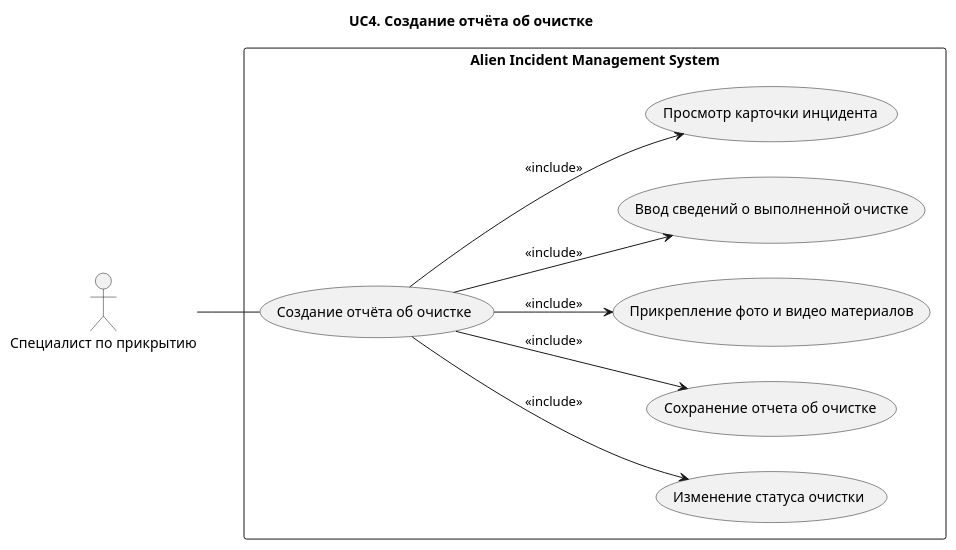
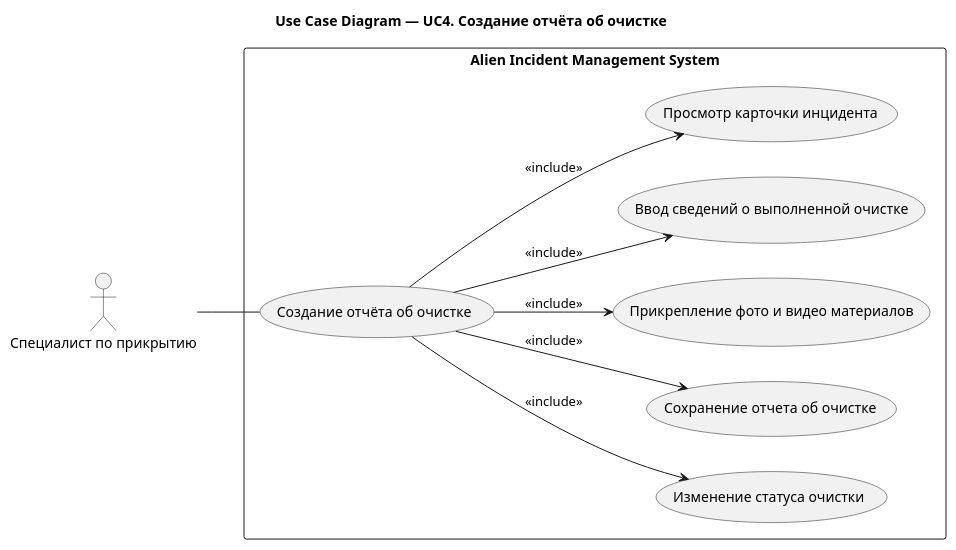
Before and after one commit to Andryss/AIMS: the first of 3 diagrams in docs/use-case/UC4.md, drawn with PlantUML. The commit also changed 31 other files, not shown here.

````diff
--- a/docs/use-case/UC4.md
+++ b/docs/use-case/UC4.md
@@ -5,29 +5,29 @@
 ```plantuml
 @startuml
-title UC4. Создание отчёта об очистке
+title Use Case Diagram — UC4. Создание отчёта об очистке
 left to right direction
 
 actor "Специалист по прикрытию" as Cleaner
 
 rectangle "Alien Incident Management System" {
 
 (Создание отчёта об очистке) as UC11
 
 (Изменение статуса очистки) as UC115
 (Сохранение отчета об очистке) as UC114
 (Прикрепление фото и видео материалов) as UC113
 (Ввод сведений о выполненной очистке) as UC112
 (Просмотр карточки инцидента) as UC111
 
 }
 
 Cleaner -- UC11
 
 UC11 --> UC111 : <<include>>
 UC11 --> UC112 : <<include>>
 UC11 --> UC113 : <<include>>
 UC11 --> UC114 : <<include>>
 UC11 --> UC115 : <<include>>
 
 @enduml
 ```
````
